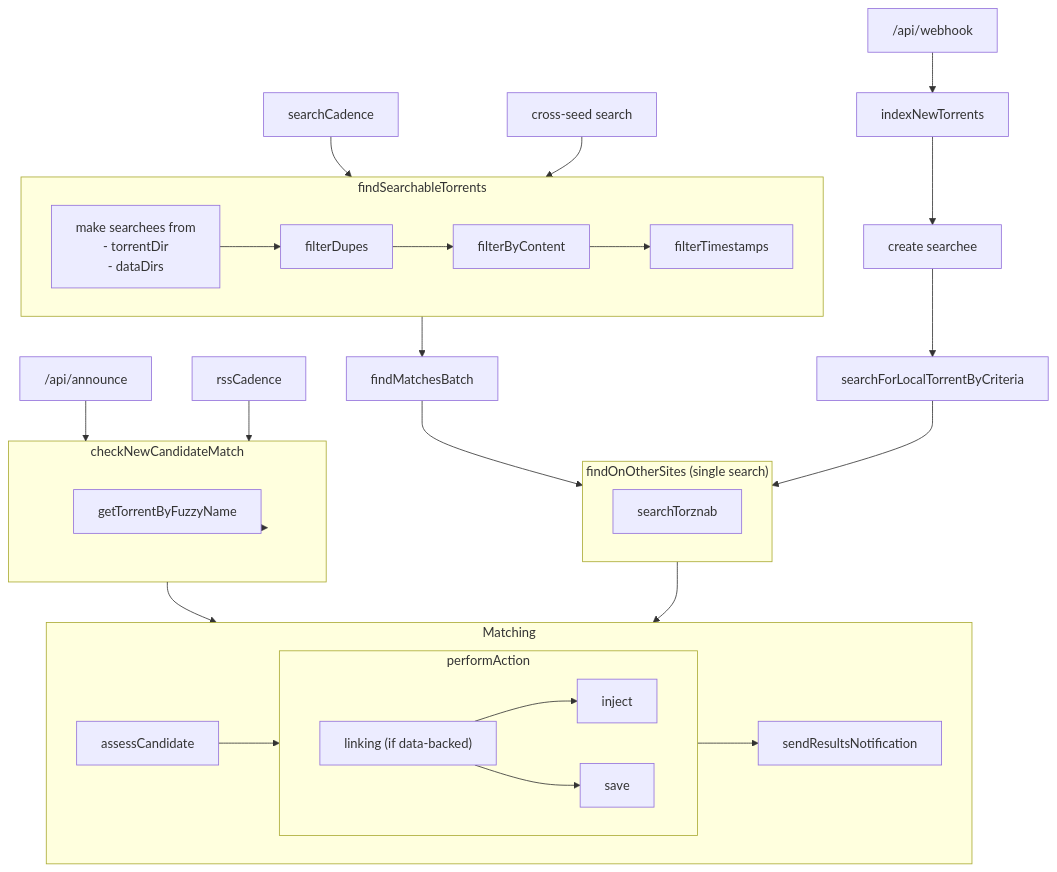
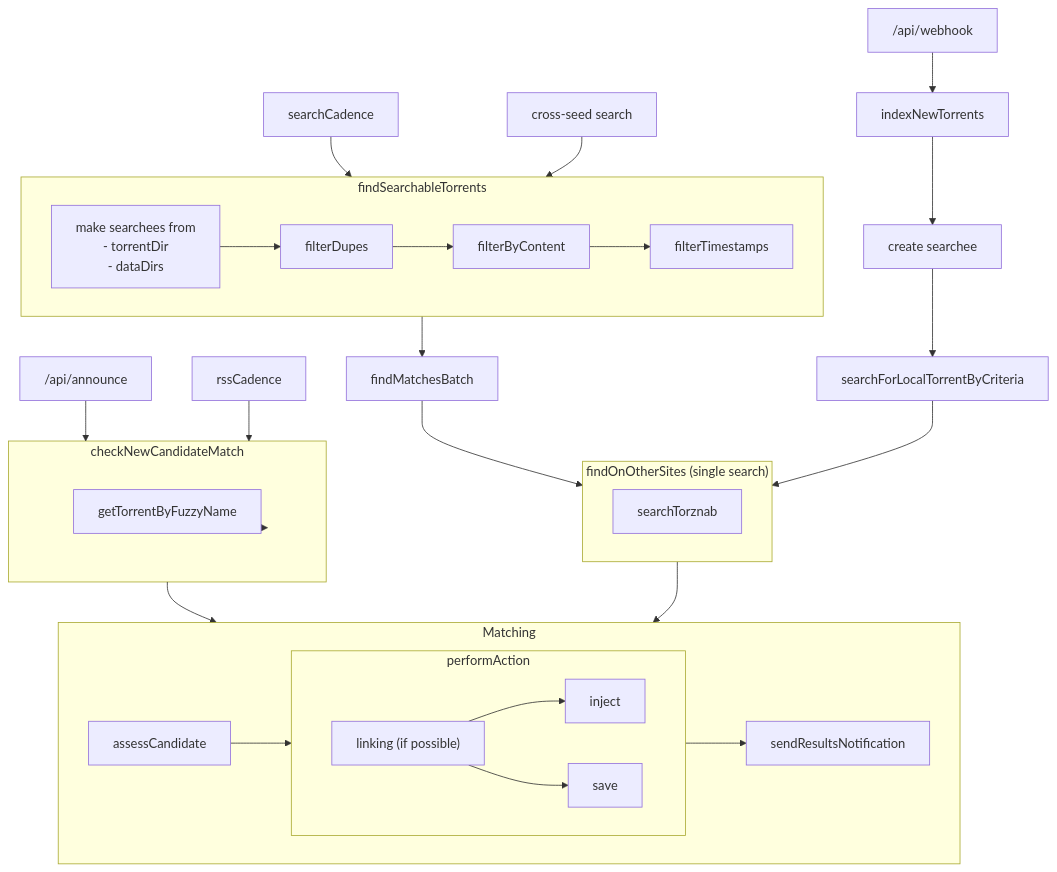
The diagram in docs/reference/architecture.md (cross-seed/cross-seed.org), drawn with Mermaid before and after one commit.

Commit message:
update(architecture): changes linking caveat to "if possible"

````diff
--- a/docs/reference/architecture.md
+++ b/docs/reference/architecture.md
@@ -3,40 +3,40 @@
 ```mermaid
 flowchart
 subgraph Matching
     assessCandidate -->
     performAction -->
     sendResultsNotification
 end
 subgraph performAction
-    linking["linking (if data-backed)"] --> inject
+    linking["linking (if possible)"] --> inject
     linking --> save
 end
 subgraph checkNewCandidateMatch
     getTorrentByFuzzyName
 end
 subgraph findOnOtherSites["findOnOtherSites (single search)"]
     searchTorznab
 end
 subgraph findSearchableTorrents
     searcheeGeneration["make searchees from \n- torrentDir\n- dataDirs"] -->
     filterDupes -->
     filterByContent -->
     filterTimestamps
 end
 findSearchableTorrents --> findMatchesBatch
 findMatchesBatch --> findOnOtherSites
 announce["/api/announce"] --> checkNewCandidateMatch --> Matching
 rss["rssCadence"] --> checkNewCandidateMatch
 
 webhook["/api/webhook"] -->
 indexNewTorrents -->
 createSearchee["create searchee"] -->
 searchForLocalTorrentByCriteria --> findOnOtherSites
 findOnOtherSites --> Matching
 
 searchCadence --> findSearchableTorrents
 
 crossSeedSearch["cross-seed search"] --> findSearchableTorrents
 
 checkNewCandidateMatch --> getTorrentByFuzzyName
 ```
````
